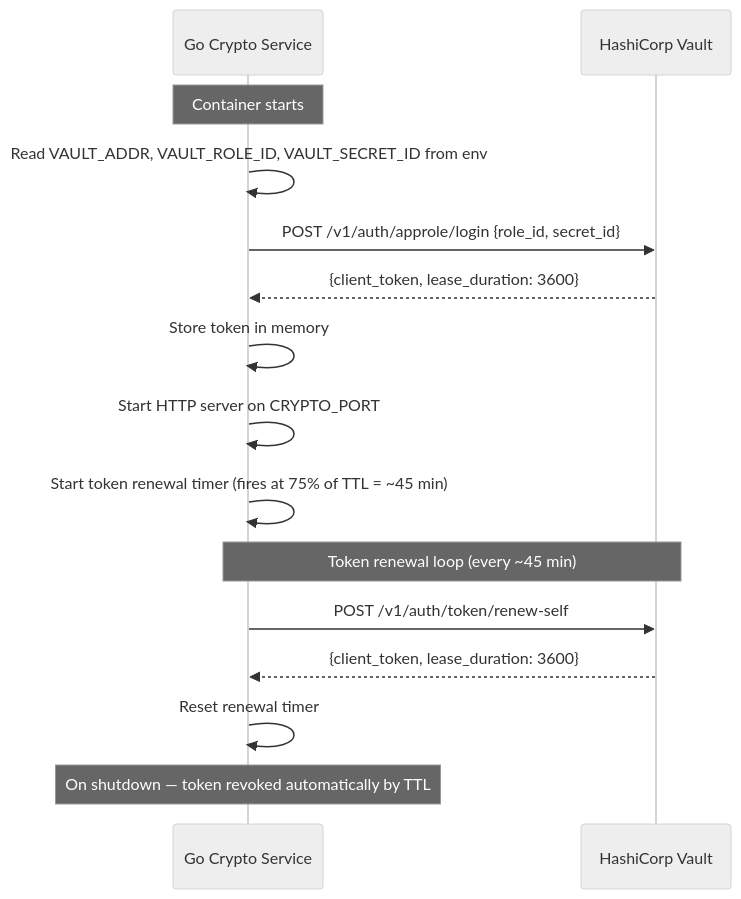
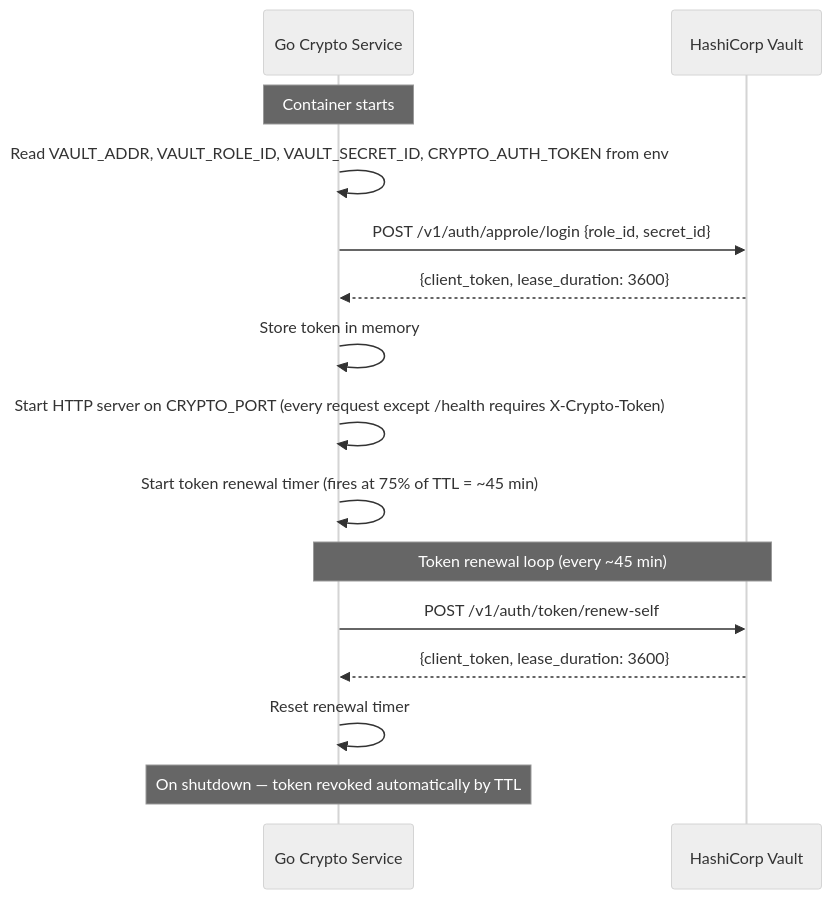
Before and after one commit to sg-milad/BrokeTurnkey: the first of 4 diagrams in docs/SEQUENCE_DIAGRAMS.md, drawn with Mermaid (neutral theme). The commit also changed other lines of this file and 11 other files, not shown here.

First line of the commit message:
docs: expand README with setup, auth, and crypto service details

````diff
--- a/docs/SEQUENCE_DIAGRAMS.md
+++ b/docs/SEQUENCE_DIAGRAMS.md
@@ -14,20 +14,20 @@
 ```mermaid
 sequenceDiagram
     participant GO as Go Crypto Service
     participant V as HashiCorp Vault
 
     note over GO: Container starts
-    GO->>GO: Read VAULT_ADDR, VAULT_ROLE_ID, VAULT_SECRET_ID from env
+    GO->>GO: Read VAULT_ADDR, VAULT_ROLE_ID, VAULT_SECRET_ID, CRYPTO_AUTH_TOKEN from env
     GO->>V: POST /v1/auth/approle/login {role_id, secret_id}
     V-->>GO: {client_token, lease_duration: 3600}
     GO->>GO: Store token in memory
-    GO->>GO: Start HTTP server on CRYPTO_PORT
+    GO->>GO: Start HTTP server on CRYPTO_PORT (every request except /health requires X-Crypto-Token)
     GO->>GO: Start token renewal timer (fires at 75% of TTL = ~45 min)
 
     note over GO,V: Token renewal loop (every ~45 min)
     GO->>V: POST /v1/auth/token/renew-self
     V-->>GO: {client_token, lease_duration: 3600}
     GO->>GO: Reset renewal timer
 
     note over GO: On shutdown — token revoked automatically by TTL
 ```
````
